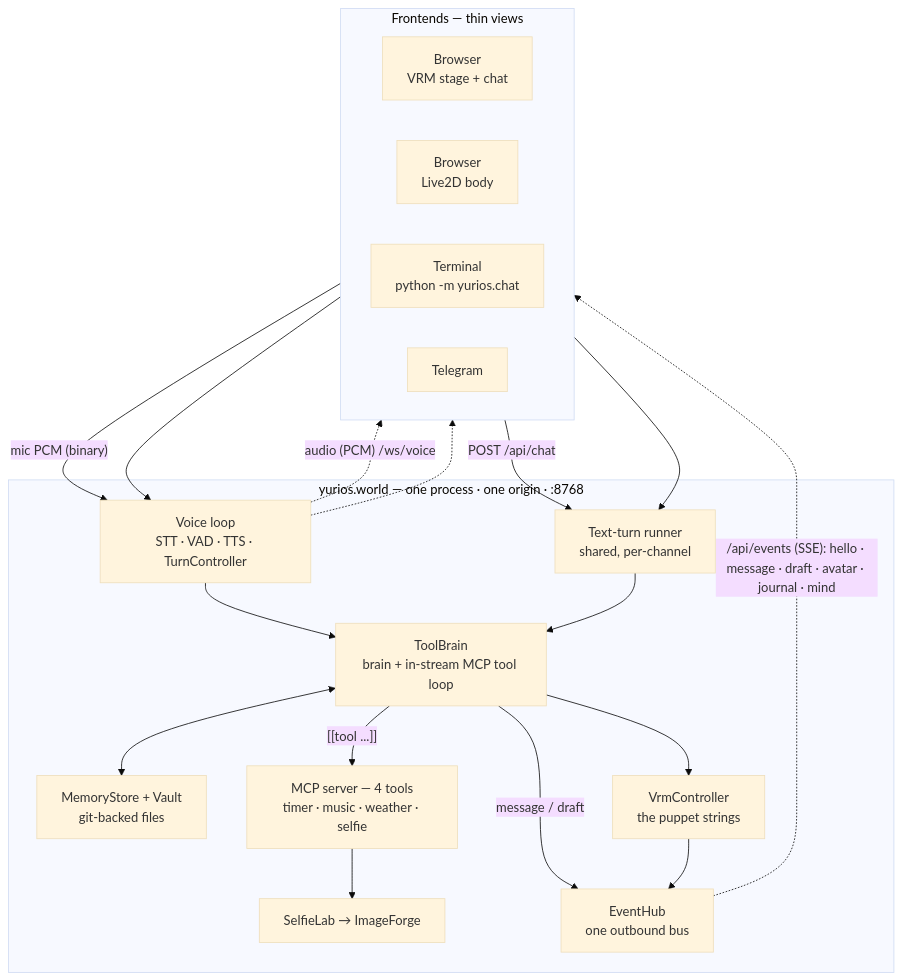
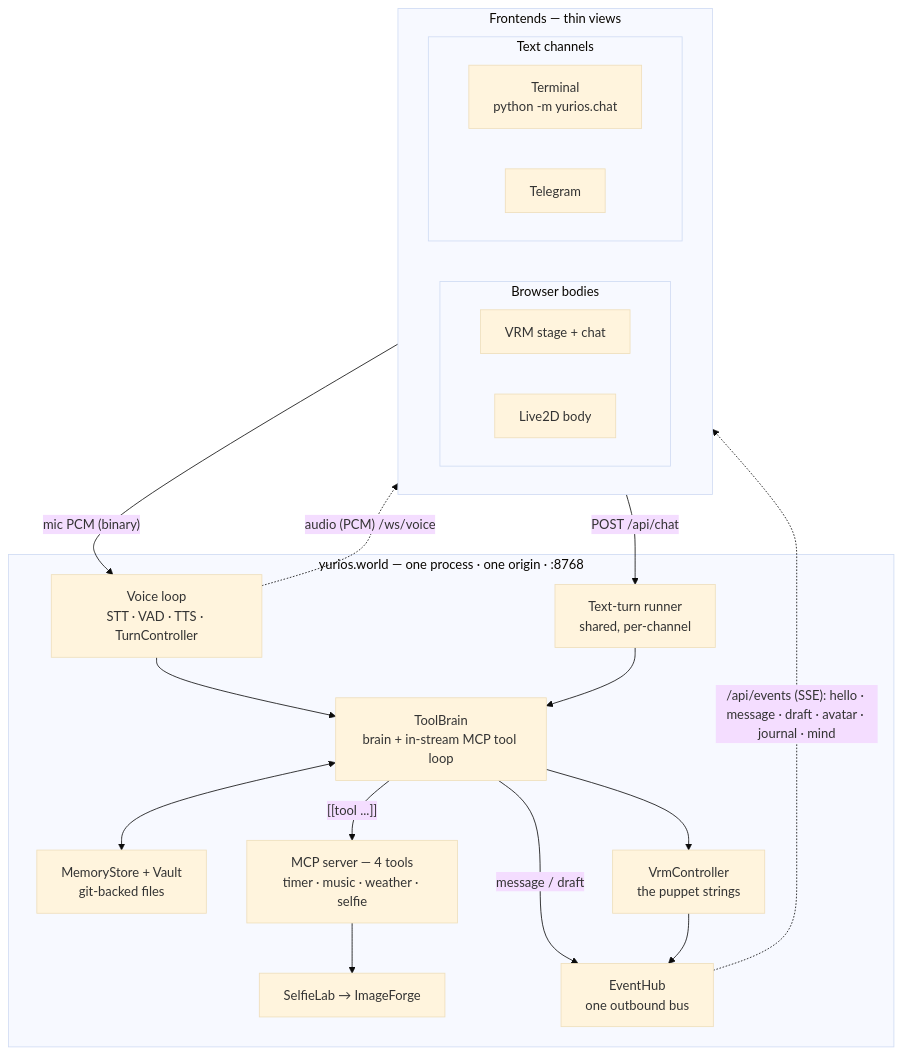
Before and after one commit to yuri-os/YuriOS: the first of 4 diagrams in docs/whitepaper.md, drawn with Mermaid (base theme).

Commit message:
whitepaper: collapse the duplicate frontend arrows in the §4 diagram
Group the two browser bodies and the two text channels into their own
clusters so each frontend link is a single edge to a group — one arrow,
one label — instead of a labeled arrow plus a bare twin per source.

````diff
--- a/docs/whitepaper.md
+++ b/docs/whitepaper.md
@@ -211,38 +211,41 @@
 ```mermaid
 flowchart TB
   subgraph FE["Frontends — thin views"]
     direction LR
-    W["Browser<br/>VRM stage + chat"]
-    L["Browser<br/>Live2D body"]
-    C["Terminal<br/>python -m yurios.chat"]
-    TG["Telegram"]
+    subgraph BR["Browser bodies"]
+      direction LR
+      W["VRM stage + chat"]
+      L["Live2D body"]
+    end
+    subgraph TX["Text channels"]
+      direction LR
+      C["Terminal<br/>python -m yurios.chat"]
+      TG["Telegram"]
+    end
   end
 
   subgraph HOST["yurios.world — one process · one origin · :8768"]
     VOICE["Voice loop<br/>STT · VAD · TTS · TurnController"]
     TURNS["Text-turn runner<br/>shared, per-channel"]
     BRAIN["ToolBrain<br/>brain + in-stream MCP tool loop"]
     MEM["MemoryStore + Vault<br/>git-backed files"]
     MCP["MCP server — 4 tools<br/>timer · music · weather · selfie"]
     FORGE["SelfieLab → ImageForge"]
     VRM["VrmController<br/>the puppet strings"]
     HUB["EventHub<br/>one outbound bus"]
   end
 
-  W -- "mic PCM (binary)" --> VOICE
-  L --> VOICE
-  C -- "POST /api/chat" --> TURNS
-  TG --> TURNS
+  BR -- "mic PCM (binary)" --> VOICE
+  TX -- "POST /api/chat" --> TURNS
   VOICE --> BRAIN
   TURNS --> BRAIN
   BRAIN <--> MEM
   BRAIN -- "[[tool ...]]" --> MCP
   MCP --> FORGE
   BRAIN --> VRM
   BRAIN -- "message / draft" --> HUB
   VRM --> HUB
 
   HUB -. "/api/events (SSE): hello · message · draft · avatar · journal · mind" .-> FE
-  VOICE -. "audio (PCM) /ws/voice" .-> W
-  VOICE -.-> L
+  VOICE -. "audio (PCM) /ws/voice" .-> BR
 ```
````
